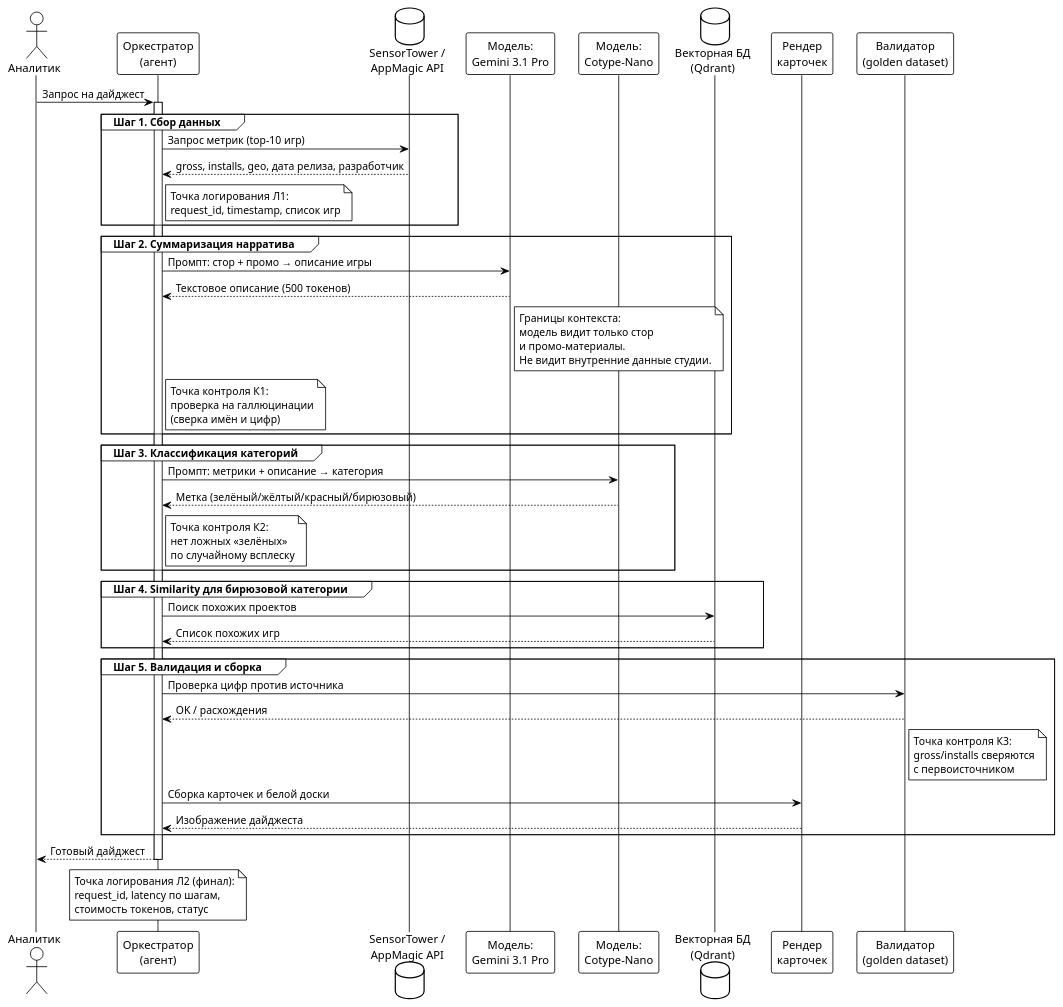
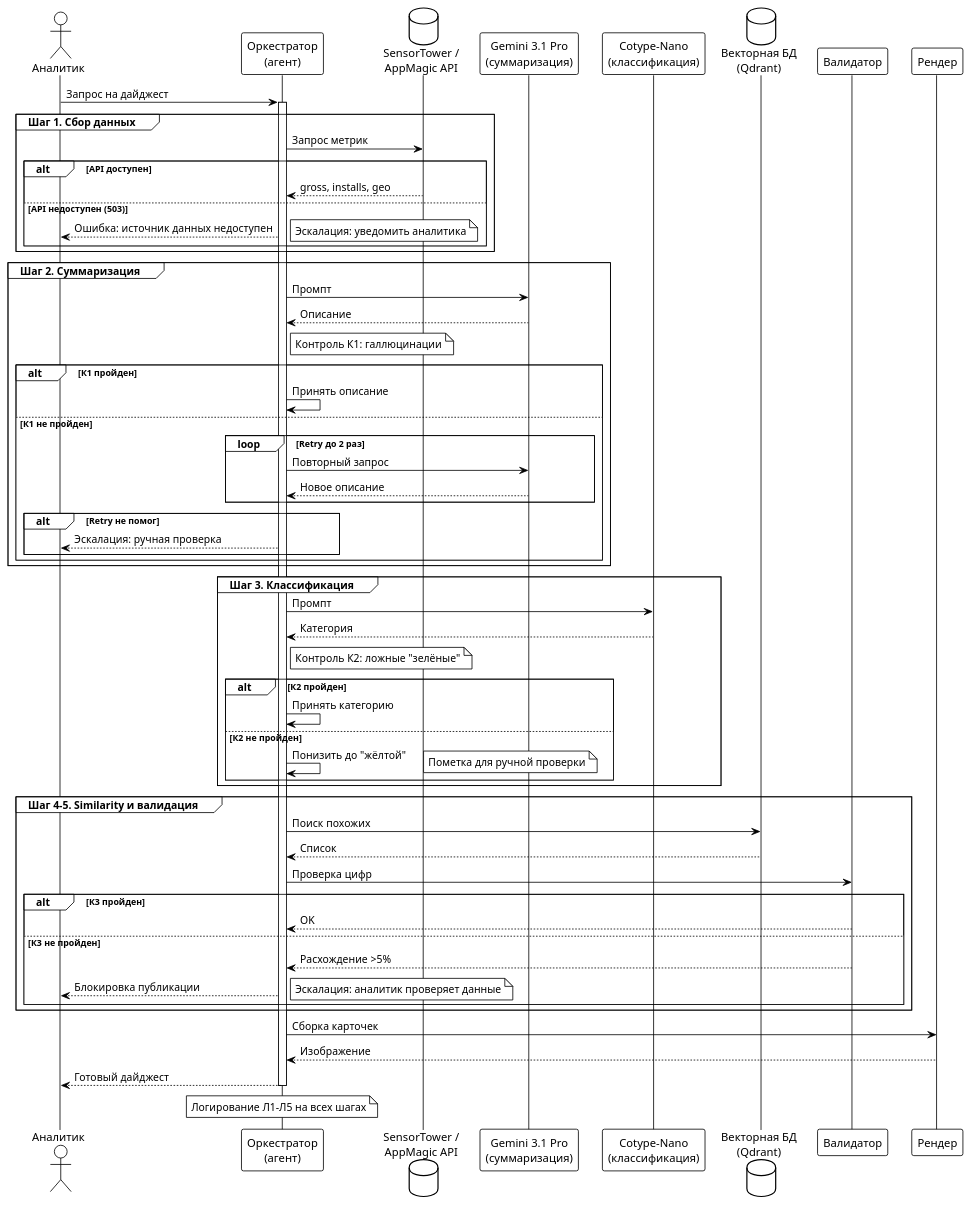
The first of 2 diagrams in docs/ai-pipeline.md (vstu-sii/nedelnyy-daydzhest-mobilnogo-geyminga-wthe), drawn with PlantUML before and after one commit. The commit also changed other lines of this file, not shown here.

````diff
--- a/docs/ai-pipeline.md
+++ b/docs/ai-pipeline.md
@@ -18,80 +16,79 @@
 ```plantuml
 @startuml
 !theme plain
 skinparam componentStyle rectangle
 
 actor "Аналитик" as User
 participant "Оркестратор\n(агент)" as Orchestrator
 database "SensorTower /\nAppMagic API" as DataSource
-participant "Модель:\nGemini 3.1 Pro" as LLM
-participant "Модель:\nCotype-Nano" as Classifier
+participant "Gemini 3.1 Pro\n(суммаризация)" as LLM
+participant "Cotype-Nano\n(классификация)" as Classifier
 database "Векторная БД\n(Qdrant)" as VectorDB
-participant "Рендер\nкарточек" as Renderer
-participant "Валидатор\n(golden dataset)" as Validator
+participant "Валидатор" as Validator
+participant "Рендер" as Renderer
 
 User -> Orchestrator: Запрос на дайджест
 activate Orchestrator
 
 group Шаг 1. Сбор данных
-    Orchestrator -> DataSource: Запрос метрик (top-10 игр)
-    DataSource --> Orchestrator: gross, installs, geo, дата релиза, разработчик
-    note right of Orchestrator
-        Точка логирования Л1:
-        request_id, timestamp, список игр
-    end note
+    Orchestrator -> DataSource: Запрос метрик
+    alt API доступен
+        DataSource --> Orchestrator: gross, installs, geo
+    else API недоступен (503)
+        Orchestrator --> User: Ошибка: источник данных недоступен
+        note right: Эскалация: уведомить аналитика
+    end
 end
 
-group Шаг 2. Суммаризация нарратива
-    Orchestrator -> LLM: Промпт: стор + промо → описание игры
-    LLM --> Orchestrator: Текстовое описание (500 токенов)
-    note right of LLM
-        Границы контекста:
-        модель видит только стор
-        и промо-материалы.
-        Не видит внутренние данные студии.
-    end note
-    note right of Orchestrator
-        Точка контроля К1:
-        проверка на галлюцинации
-        (сверка имён и цифр)
-    end note
+group Шаг 2. Суммаризация
+    Orchestrator -> LLM: Промпт
+    LLM --> Orchestrator: Описание
+    note right of Orchestrator: Контроль К1: галлюцинации
+    alt К1 пройден
+        Orchestrator -> Orchestrator: Принять описание
+    else К1 не пройден
+        loop Retry до 2 раз
+            Orchestrator -> LLM: Повторный запрос
+            LLM --> Orchestrator: Новое описание
+        end
+        alt Retry не помог
+            Orchestrator --> User: Эскалация: ручная проверка
+        end
+    end
 end
 
-group Шаг 3. Классификация категорий
-    Orchestrator -> Classifier: Промпт: метрики + описание → категория
-    Classifier --> Orchestrator: Метка (зелёный/жёлтый/красный/бирюзовый)
-    note right of Orchestrator
-        Точка контроля К2:
-        нет ложных «зелёных»
-        по случайному всплеску
-    end note
+group Шаг 3. Классификация
+    Orchestrator -> Classifier: Промпт
+    Classifier --> Orchestrator: Категория
+    note right of Orchestrator: Контроль К2: ложные "зелёные"
+    alt К2 пройден
+        Orchestrator -> Orchestrator: Принять категорию
+    else К2 не пройден
+        Orchestrator -> Orchestrator: Понизить до "жёлтой"
+        note right: Пометка для ручной проверки
+    end
 end
 
-group Шаг 4. Similarity для бирюзовой категории
-    Orchestrator -> VectorDB: Поиск похожих проектов
-    VectorDB --> Orchestrator: Список похожих игр
+group Шаг 4-5. Similarity и валидация
+    Orchestrator -> VectorDB: Поиск похожих
+    VectorDB --> Orchestrator: Список
+    Orchestrator -> Validator: Проверка цифр
+    alt К3 пройден
+        Validator --> Orchestrator: OK
+    else К3 не пройден
+        Validator --> Orchestrator: Расхождение >5%
+        Orchestrator --> User: Блокировка публикации
+        note right: Эскалация: аналитик проверяет данные
+    end
 end
 
-group Шаг 5. Валидация и сборка
-    Orchestrator -> Validator: Проверка цифр против источника
-    Validator --> Orchestrator: OK / расхождения
-    note right of Validator
-        Точка контроля К3:
-        gross/installs сверяются
-        с первоисточником
-    end note
-    Orchestrator -> Renderer: Сборка карточек и белой доски
-    Renderer --> Orchestrator: Изображение дайджеста
-end
-
+Orchestrator -> Renderer: Сборка карточек
+Renderer --> Orchestrator: Изображение
 Orchestrator --> User: Готовый дайджест
 deactivate Orchestrator
 
 note over Orchestrator
-    Точка логирования Л2 (финал):
-    request_id, latency по шагам,
-    стоимость токенов, статус
+    Логирование Л1-Л5 на всех шагах
 end note
-
 @enduml
 ```
````
